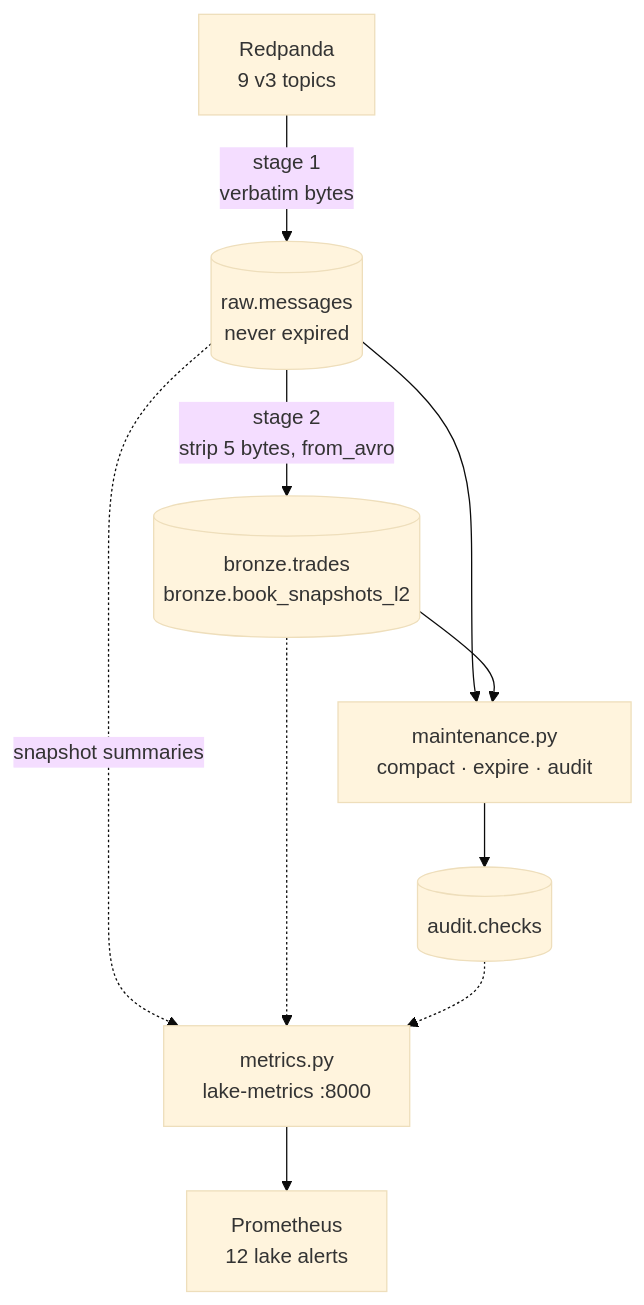
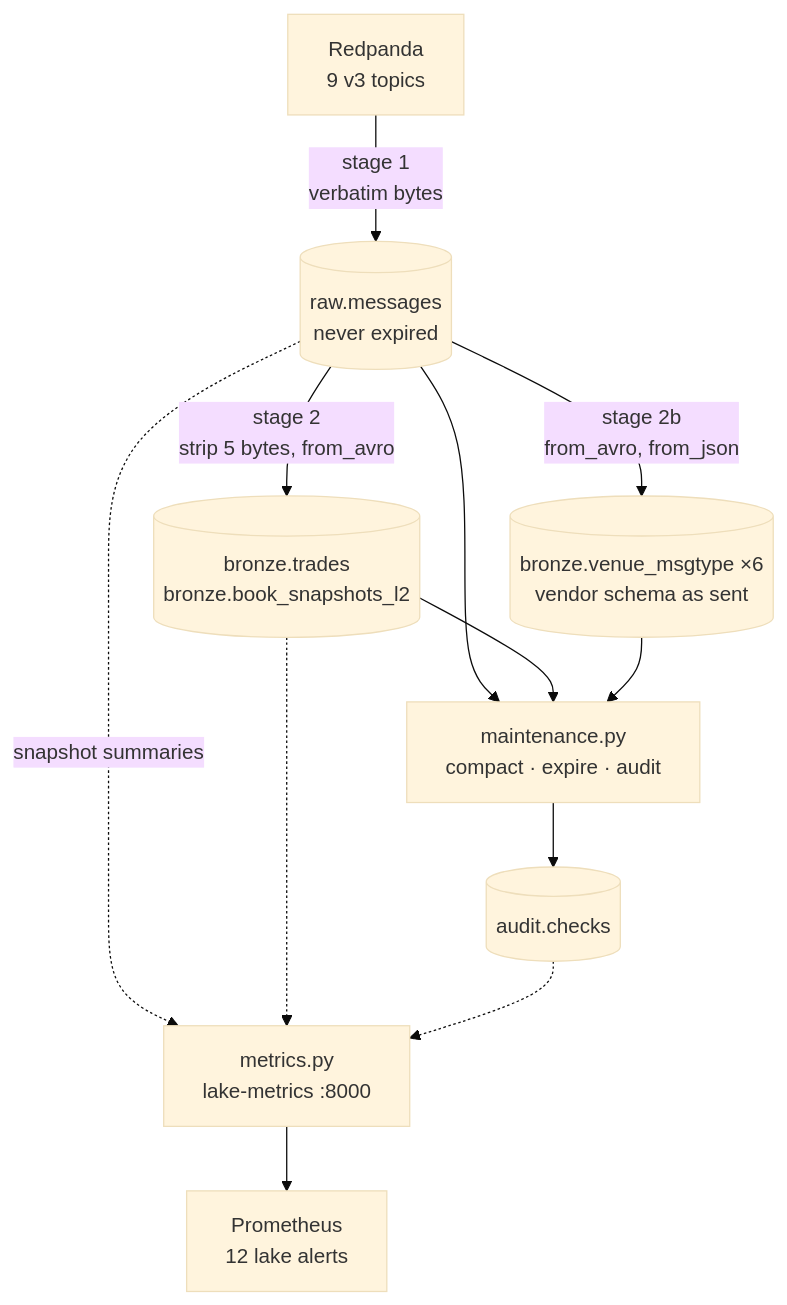
Before and after one commit to rjdscott/k2-market-data-platform: the diagram in docker/lake/README.md, drawn with Mermaid (base theme). The commit also changed other lines of this file and 24 other files, not shown here.

First line of the commit message:
feat(lake): bronze per venue — six vendor-schema tables from raw JSON, rebuild path, parity + drift audits (Phase E step 1) (#96)

````diff
--- a/docker/lake/README.md
+++ b/docker/lake/README.md
@@ -33,12 +36,14 @@
 ```mermaid
 flowchart TB
   RP[Redpanda<br/>9 v3 topics] -->|stage 1<br/>verbatim bytes| RAW[(raw.messages<br/>never expired)]
   RAW -->|stage 2<br/>strip 5 bytes, from_avro| BR[(bronze.trades<br/>bronze.book_snapshots_l2)]
+  RAW -->|stage 2b<br/>from_avro, from_json| BV[(bronze.venue_msgtype ×6<br/>vendor schema as sent)]
   RAW --> MNT[maintenance.py<br/>compact · expire · audit]
   BR --> MNT
+  BV --> MNT
   MNT --> AUD[(audit.checks)]
   RAW -.snapshot summaries.-> MET[metrics.py<br/>lake-metrics :8000]
   BR -.-> MET
   AUD -.-> MET
   MET --> PROM[Prometheus<br/>12 lake alerts]
 ```
````
